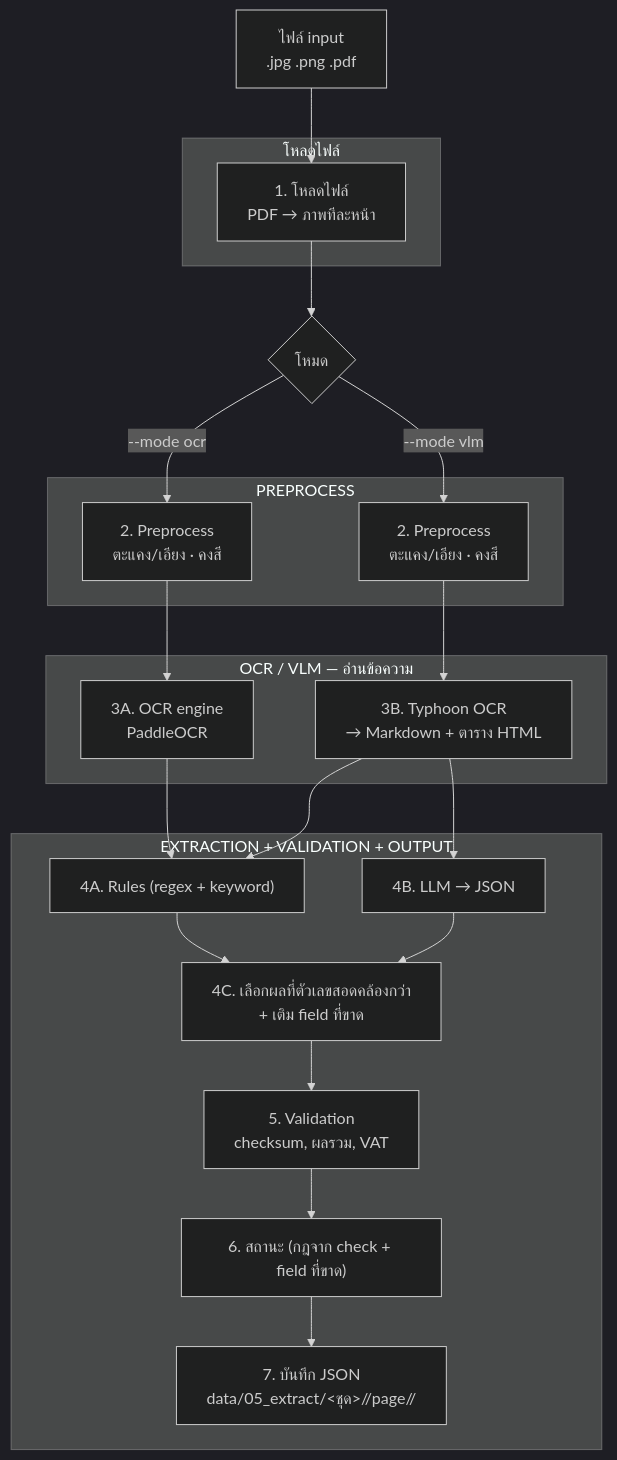
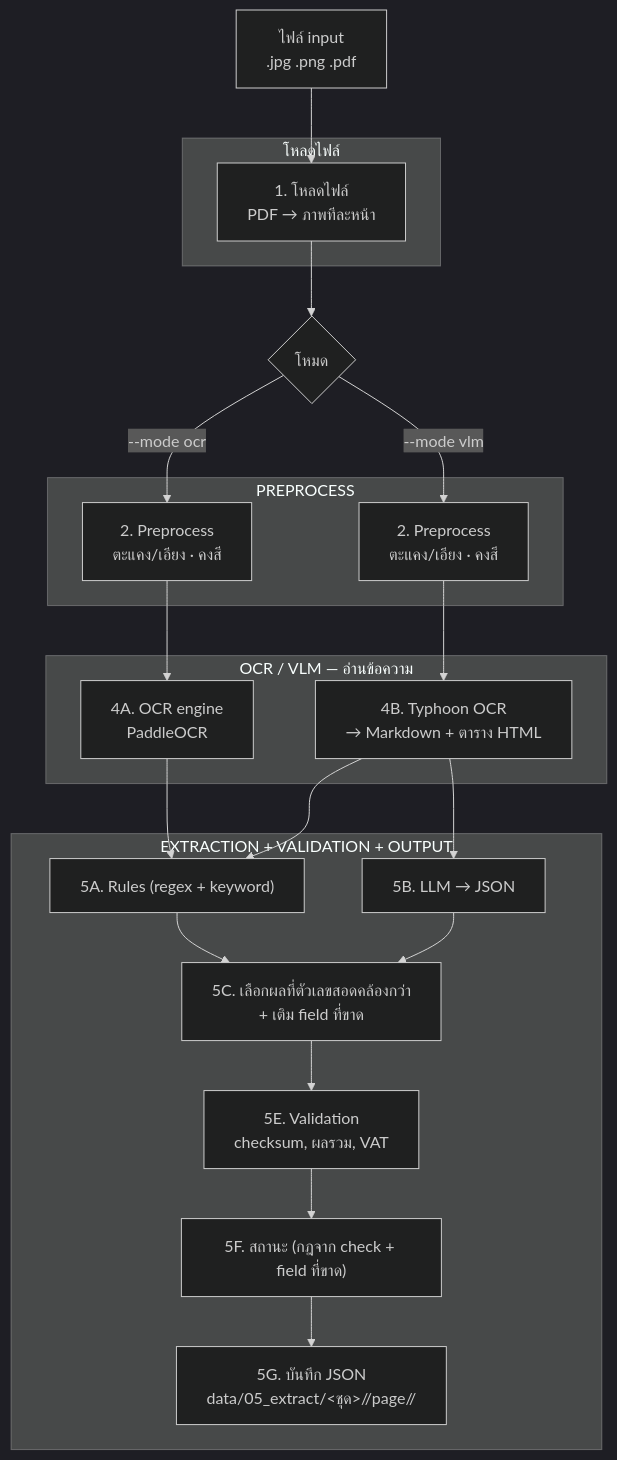
The second of 2 diagrams in docs/README.md (Pikcolo/fin-extractor), drawn with Mermaid (dark theme) before and after one commit. The commit also changed other lines of this file and 71 other files, not shown here.

````diff
--- a/docs/README.md
+++ b/docs/README.md
@@ -57,37 +68,37 @@
 ```mermaid
 flowchart TD
     A["ไฟล์ input<br/>.jpg .png .pdf"] --> B
 
     subgraph LOAD["โหลดไฟล์"]
         B["1. โหลดไฟล์<br/>PDF → ภาพทีละหน้า"]
     end
 
     B --> C{"โหมด"}
 
     subgraph PRE["PREPROCESS"]
         D1["2. Preprocess<br/>ตะแคง/เอียง · คงสี"]
         D2["2. Preprocess<br/>ตะแคง/เอียง · คงสี"]
     end
 
     subgraph OCR["OCR / VLM — อ่านข้อความ"]
-        E1["3A. OCR engine<br/>PaddleOCR"]
-        E2["3B. Typhoon OCR<br/>→ Markdown + ตาราง HTML"]
+        E1["4A. OCR engine<br/>PaddleOCR"]
+        E2["4B. Typhoon OCR<br/>→ Markdown + ตาราง HTML"]
     end
 
     subgraph EXT["EXTRACTION + VALIDATION + OUTPUT"]
-        F["4A. Rules (regex + keyword)"]
-        G["4B. LLM → JSON"]
-        H["4C. เลือกผลที่ตัวเลขสอดคล้องกว่า<br/>+ เติม field ที่ขาด"]
-        I["5. Validation<br/>checksum, ผลรวม, VAT"]
-        J["6. สถานะ (กฎจาก check + field ที่ขาด)"]
-        K["7. บันทึก JSON<br/>data/05_extract/<ชุด>/<engine>/page/<extractor>/"]
+        F["5A. Rules (regex + keyword)"]
+        G["5B. LLM → JSON"]
+        H["5C. เลือกผลที่ตัวเลขสอดคล้องกว่า<br/>+ เติม field ที่ขาด"]
+        I["5E. Validation<br/>checksum, ผลรวม, VAT"]
+        J["5F. สถานะ (กฎจาก check + field ที่ขาด)"]
+        K["5G. บันทึก JSON<br/>data/05_extract/<ชุด>/<engine>/page/<extractor>/"]
     end
 
     C -- "--mode ocr" --> D1 --> E1 --> F
     C -- "--mode vlm" --> D2 --> E2
     E2 --> F
     E2 --> G
     F --> H
     G --> H
     H --> I --> J --> K
 ```
````
